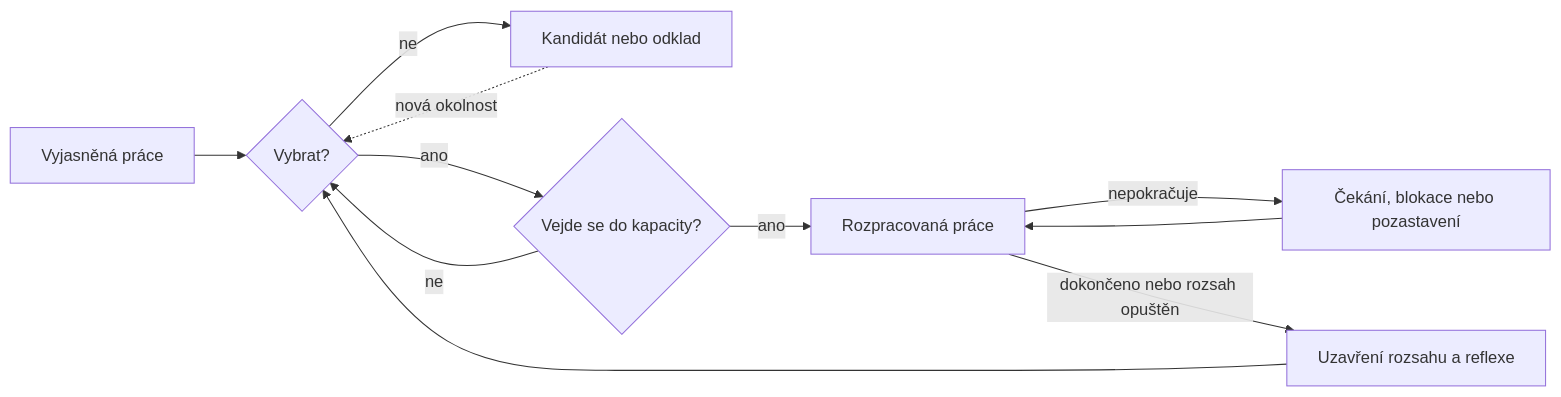
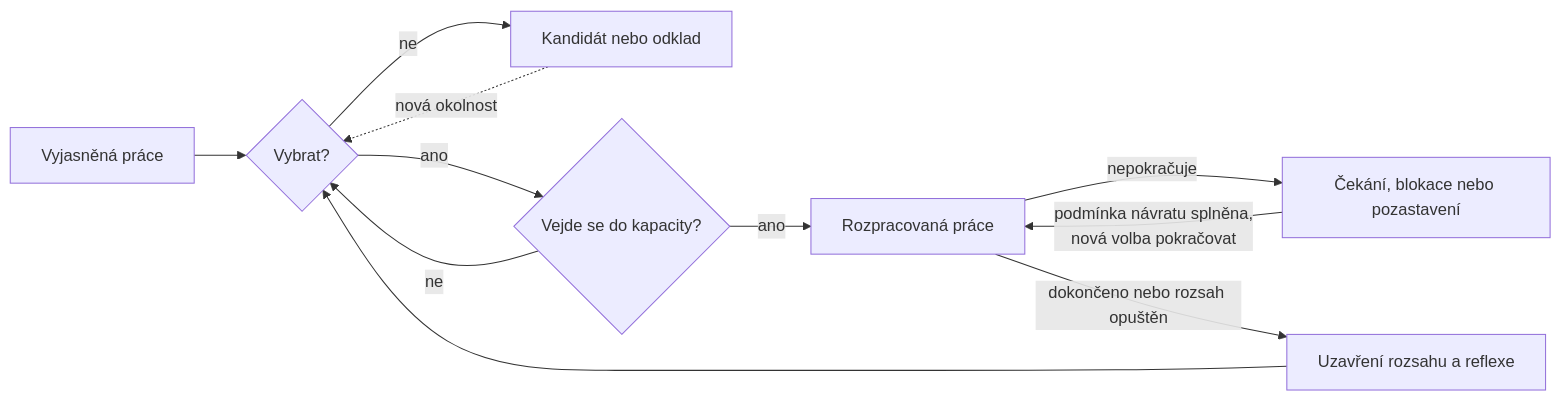
The diagram in docs/how-to/manage-workflow.md (Semtexcz/PLOS), drawn with Mermaid before and after one commit. The commit also changed other lines of this file and 6 other files, not shown here.

````diff
--- a/docs/how-to/manage-workflow.md
+++ b/docs/how-to/manage-workflow.md
@@ -17,13 +17,13 @@
 ```mermaid
 flowchart LR
     A["Vyjasněná práce"] --> B{"Vybrat?"}
     B -->|"ne"| C["Kandidát nebo odklad"]
     B -->|"ano"| D{"Vejde se do kapacity?"}
     D -->|"ne"| B
     D -->|"ano"| E["Rozpracovaná práce"]
     E -->|"nepokračuje"| F["Čekání, blokace nebo pozastavení"]
-    F --> E
+    F -->|"podmínka návratu splněna,<br/>nová volba pokračovat"| E
     E -->|"dokončeno nebo rozsah opuštěn"| G["Uzavření rozsahu a reflexe"]
     G --> B
     C -.->|"nová okolnost"| B
 ```
````
